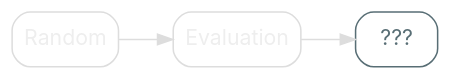
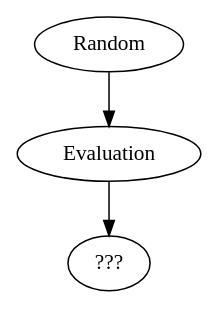
Before and after one commit to nrinaudo/much-ado-about-testing: the diagram in src/graphviz/generative_analysis_2.dot, drawn with Graphviz. The commit also changed 98 other files, not shown here.

Commit message:
Use graphviz stylesheets

```diff
--- a/src/graphviz/generative_analysis_2.dot
+++ b/src/graphviz/generative_analysis_2.dot
@@ -1,15 +1,8 @@
 digraph {
-    bgcolor=transparent
-    rankdir=LR
-
-    // Default theme: enabled
-    node[shape="rectangle" style="rounded,filled" color="#586E75" fillcolor="#ffffff" fontcolor="#586E75" fontname="Inter,Arial"]
-    edge[color="#586E75" fontcolor="#000000" fontname="Inter,Arial" fontsize=11]
-
-    Input[label="Random" color="#dddddd" fontcolor="#eeeeee"]
-    Evaluation[color="#dddddd" fontcolor="#eeeeee"]
+    Input[label="Random" class="disabled"]
+    Evaluation[class="disabled"]
     Analysis[label="???"]
 
-    Input -> Evaluation[color="#dddddd"]
-    Evaluation -> Analysis[color="#dddddd"]
+    Input -> Evaluation[class="disabled"]
+    Evaluation -> Analysis[class="disabled"]
 }
```
